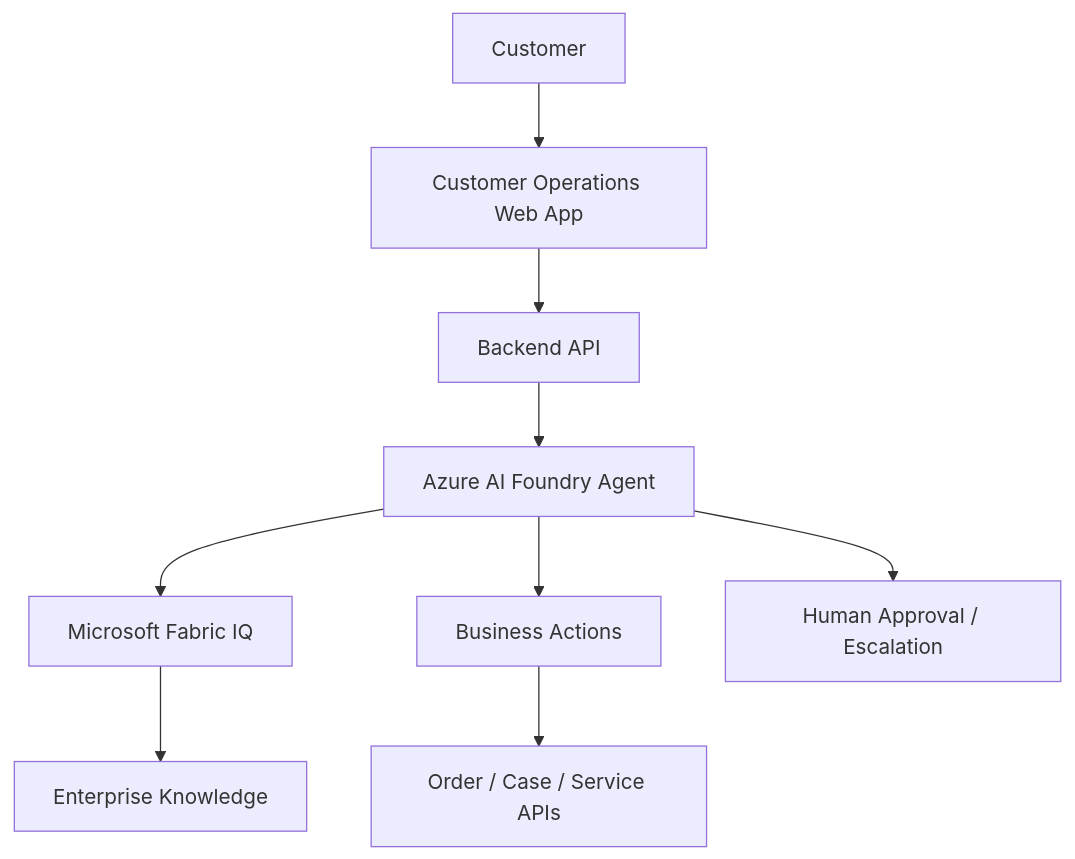
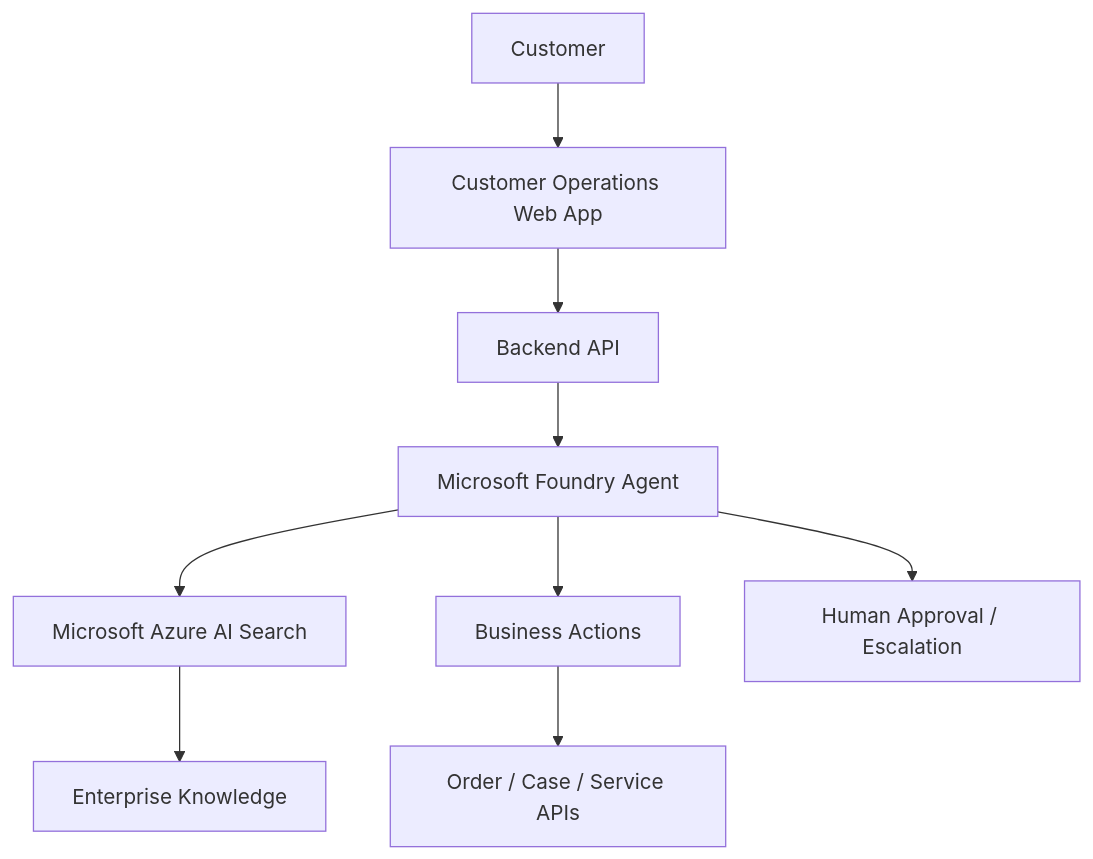
Before and after one commit to Liminghao0922/workshop-intelligent-customer-operations: the diagram in docs/index.md, drawn with Mermaid. The commit also changed other lines of this file and 94 other files, not shown here.

````diff
--- a/docs/index.md
+++ b/docs/index.md
@@ -47,11 +47,11 @@
 ```mermaid
 graph TD
     A[Customer] --> B[Customer Operations Web App]
     B --> C[Backend API]
-    C --> D[Azure AI Foundry Agent]
-    D --> E[Microsoft Fabric IQ]
+    C --> D[Microsoft Foundry Agent]
+    D --> E[Microsoft Azure AI Search]
     E --> F[Enterprise Knowledge]
     D --> G[Business Actions]
     G --> H[Order / Case / Service APIs]
     D --> I[Human Approval / Escalation]
 ```
````
